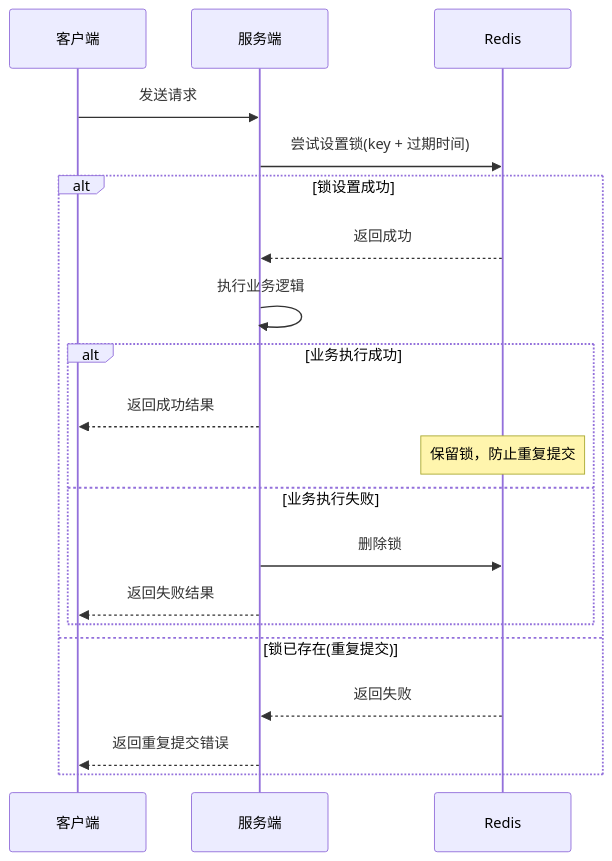
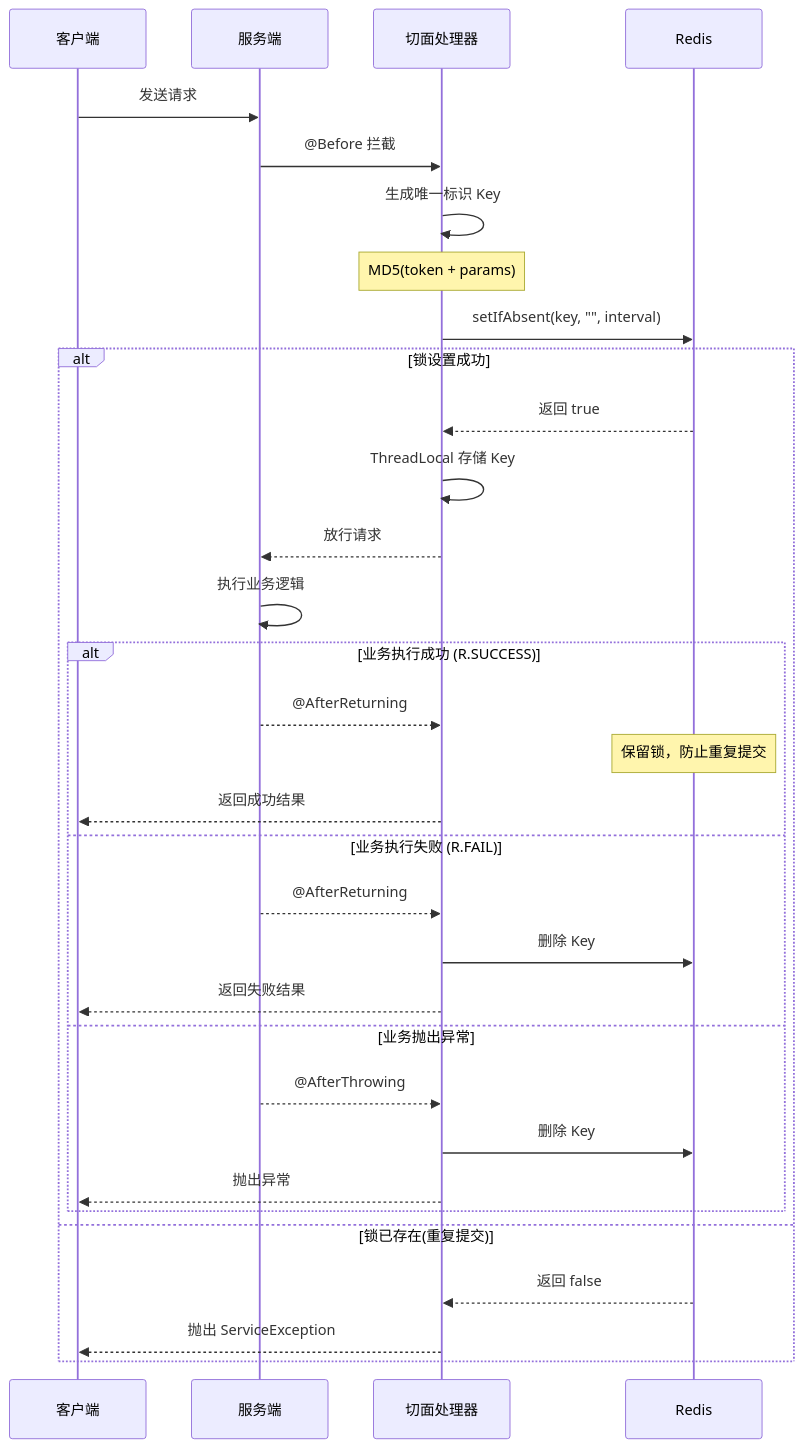
One commit to bkywksj/ruoyi-plus-uniapp-docs changed the diagram in docs/backend/common/idempotent.md. Above: the diagram before and after it, drawn with Mermaid. The commit also changed other lines of this file and 21 other files, not shown here.

````diff
--- a/docs/backend/common/idempotent.md
+++ b/docs/backend/common/idempotent.md
@@ -19,23 +75,35 @@
 ```mermaid
 sequenceDiagram
     participant Client as 客户端
     participant Server as 服务端
+    participant Aspect as 切面处理器
     participant Redis as Redis
-    
+
     Client->>Server: 发送请求
-    Server->>Redis: 尝试设置锁(key + 过期时间)
+    Server->>Aspect: @Before 拦截
+    Aspect->>Aspect: 生成唯一标识 Key
+    Note over Aspect: MD5(token + params)
+    Aspect->>Redis: setIfAbsent(key, "", interval)
     alt 锁设置成功
-        Redis-->>Server: 返回成功
+        Redis-->>Aspect: 返回 true
+        Aspect->>Aspect: ThreadLocal 存储 Key
+        Aspect-->>Server: 放行请求
         Server->>Server: 执行业务逻辑
-        alt 业务执行成功
-            Server-->>Client: 返回成功结果
+        alt 业务执行成功 (R.SUCCESS)
+            Server-->>Aspect: @AfterReturning
             Note over Redis: 保留锁，防止重复提交
-        else 业务执行失败
-            Server->>Redis: 删除锁
-            Server-->>Client: 返回失败结果
+            Aspect-->>Client: 返回成功结果
+        else 业务执行失败 (R.FAIL)
+            Server-->>Aspect: @AfterReturning
+            Aspect->>Redis: 删除 Key
+            Aspect-->>Client: 返回失败结果
+        else 业务抛出异常
+            Server-->>Aspect: @AfterThrowing
+            Aspect->>Redis: 删除 Key
+            Aspect-->>Client: 抛出异常
         end
     else 锁已存在(重复提交)
-        Redis-->>Server: 返回失败
-        Server-->>Client: 返回重复提交错误
+        Redis-->>Aspect: 返回 false
+        Aspect-->>Client: 抛出 ServiceException
     end
 ```
````
